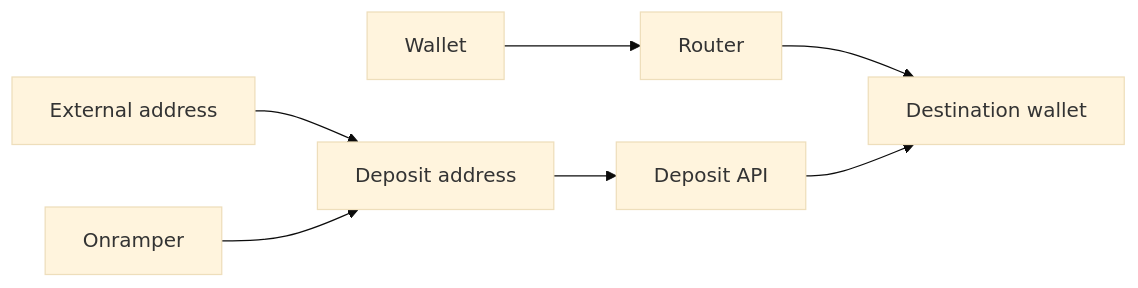
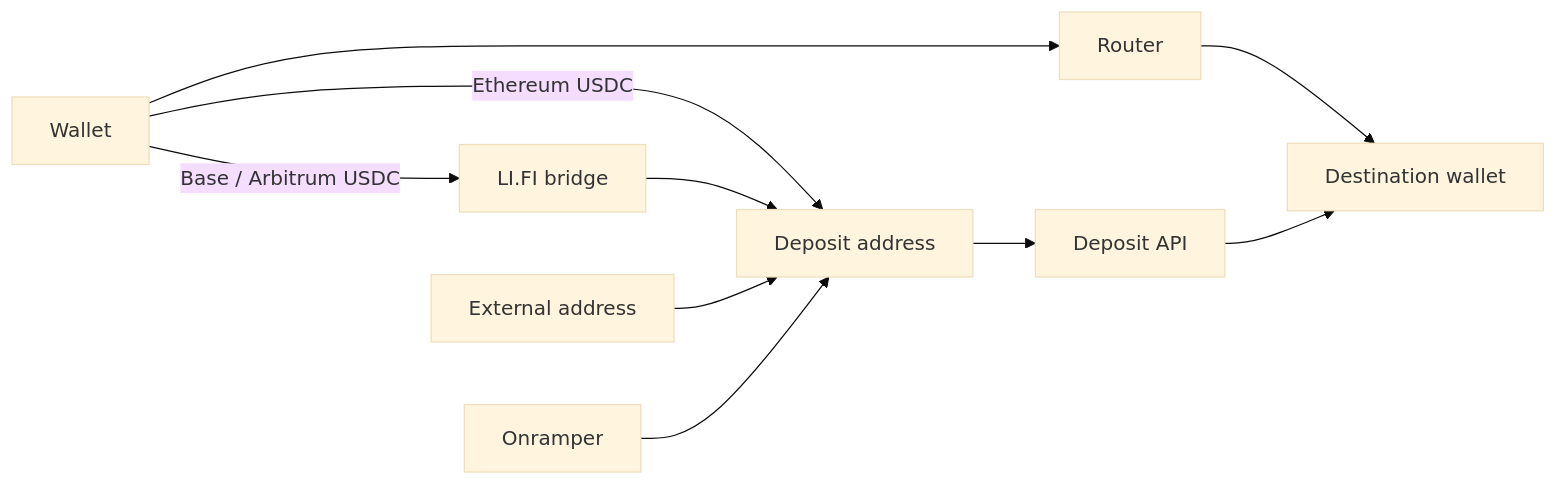
Before and after one commit to initia-labs/interwovenkit: the diagram in packages/interwovenkit-react/src/pages/deposit/README.md, drawn with Mermaid (base theme). The commit also changed other lines of this file and 79 other files, not shown here.

First line of the commit message:
feat: deposit USDC from Ethereum, Base, and Arbitrum through the Deposit API (#262)

````diff
--- a/packages/interwovenkit-react/src/pages/deposit/README.md
+++ b/packages/interwovenkit-react/src/pages/deposit/README.md
@@ -15,7 +15,9 @@
 ```mermaid
 flowchart LR
   W[Wallet] --> R[Router] --> D[Destination wallet]
-  A[External address] --> DA[Deposit address]
+  W -- Ethereum USDC --> DA[Deposit address]
+  W -- Base / Arbitrum USDC --> L[LI.FI bridge] --> DA
+  A[External address] --> DA
   O[Onramper] --> DA
   DA --> API[Deposit API] --> D
 ```
````
